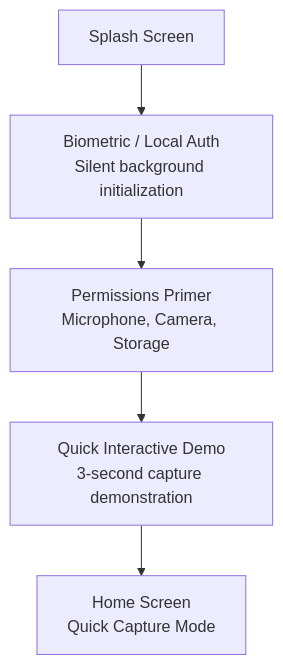
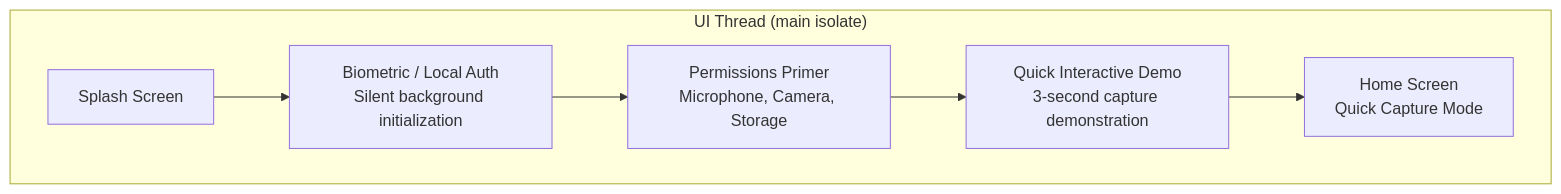
The first of 3 diagrams in docs/vision/03_Product_Flow.md (Pissolato32/ThinkNest), drawn with Mermaid before and after one commit. The commit also changed other lines of this file and 5 other files, not shown here.

````diff
--- a/docs/vision/03_Product_Flow.md
+++ b/docs/vision/03_Product_Flow.md
@@ -13,7 +14,9 @@
 ```mermaid
 graph TD
-    Splash[Splash Screen] --> Auth[Biometric / Local Auth<br/>Silent background initialization]
-    Auth --> Permissions[Permissions Primer<br/>Microphone, Camera, Storage]
-    Permissions --> Demo[Quick Interactive Demo<br/>3-second capture demonstration]
-    Demo --> Home[Home Screen<br/>Quick Capture Mode]
+    subgraph UI["UI Thread (main isolate)"]
+        Splash[Splash Screen] --> Auth[Biometric / Local Auth<br/>Silent background initialization]
+        Auth --> Permissions[Permissions Primer<br/>Microphone, Camera, Storage]
+        Permissions --> Demo[Quick Interactive Demo<br/>3-second capture demonstration]
+        Demo --> Home[Home Screen<br/>Quick Capture Mode]
+    end
 ```
````
